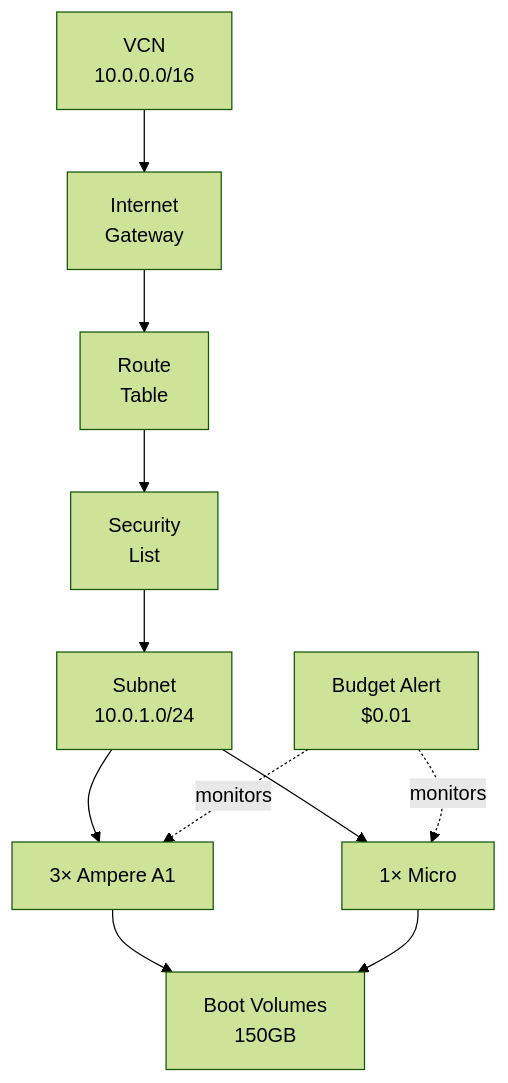
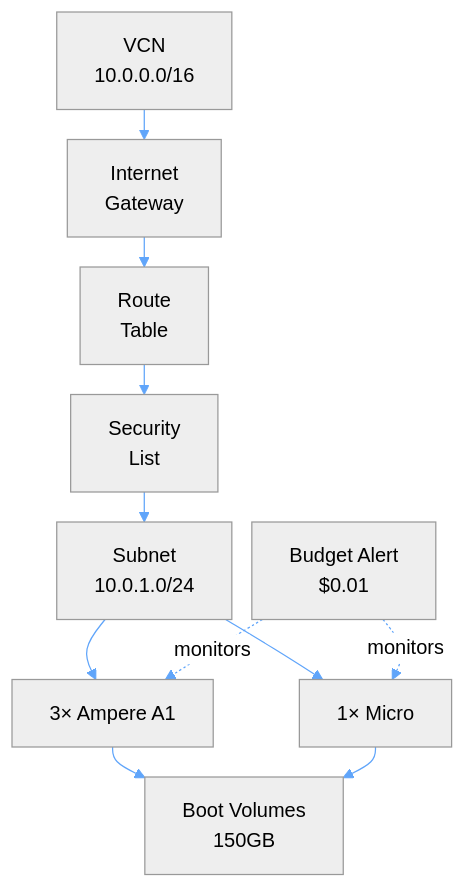
Before and after one commit to syscode-labs/oci-free-tier-manager: diagram 11 of 18 in docs/ARCHITECTURE-DIAGRAMS.md, drawn with Mermaid. The commit also changed other lines of this file, not shown here.

First line of the commit message:
fix: make diagrams dark-mode compatible and prevent horizontal scrolling

````diff
--- a/docs/ARCHITECTURE-DIAGRAMS.md
+++ b/docs/ARCHITECTURE-DIAGRAMS.md
@@ -286,16 +311,16 @@
 ```mermaid
-%%{init: {'theme':'forest'}}%%
+%%{init: {'theme':'neutral', 'themeVariables': { 'lineColor': '#60a5fa', 'arrowheadColor': '#60a5fa' }, 'flowchart': { 'useMaxWidth': true, 'diagramPadding': 8, 'nodeSpacing': 16, 'rankSpacing': 24 } }}%%
 graph TB
     VCN["VCN<br/>10.0.0.0/16"] --> IGW["Internet<br/>Gateway"]
     IGW --> RT["Route<br/>Table"]
     RT --> SL["Security<br/>List"]
     SL --> Subnet["Subnet<br/>10.0.1.0/24"]
     
     Subnet --> Ampere["3× Ampere A1"]
     Subnet --> Micro["1× Micro"]
     
     Ampere --> Storage["Boot Volumes<br/>150GB"]
     Micro --> Storage
     
     Budget["Budget Alert<br/>$0.01"] -.monitors.-> Ampere & Micro
 ```
````
